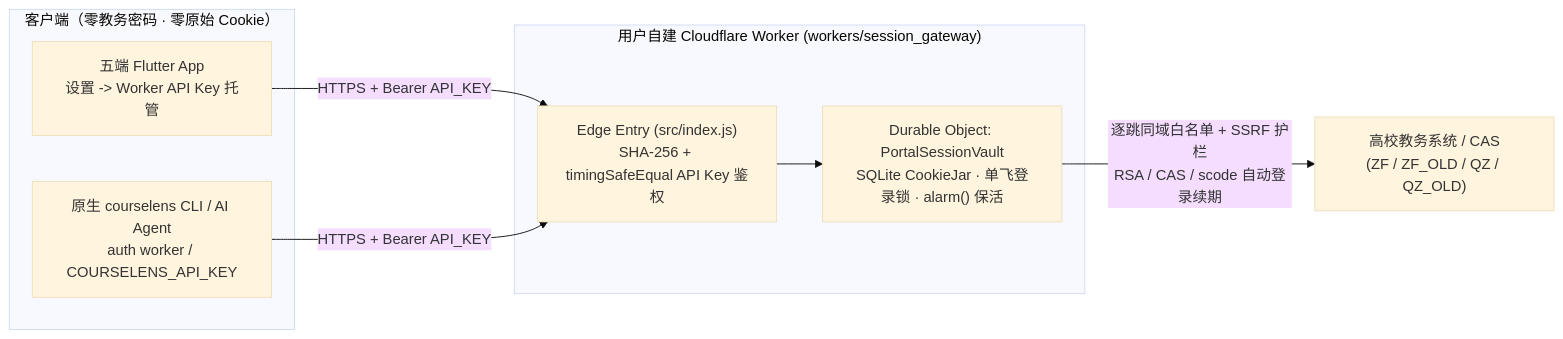
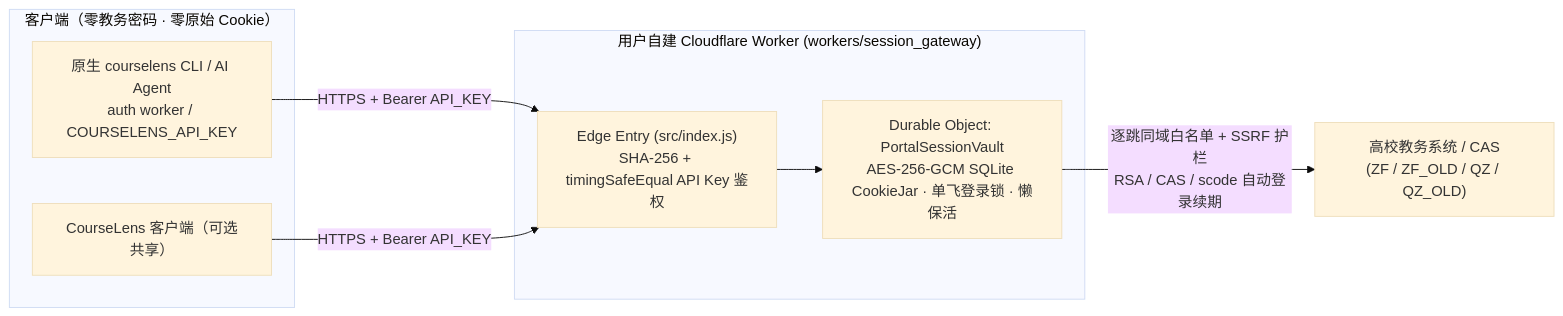
Before and after one commit to VanceHud/courselens-cli: the diagram in docs/stateful-worker-api-key.md, drawn with Mermaid (base theme). The commit also changed other lines of this file and 64 other files, not shown here.

Commit message:
feat: add Cloudflare one-click deploy, fix CLI/Worker bugs & port test/CI suites

````diff
--- a/docs/stateful-worker-api-key.md
+++ b/docs/stateful-worker-api-key.md
@@ -23,19 +25,19 @@
 ```mermaid
 flowchart LR
   subgraph Clients["客户端（零教务密码 · 零原始 Cookie）"]
-    App["五端 Flutter App\n设置 -> Worker API Key 托管"]
     CLI["原生 courselens CLI / AI Agent\nauth worker / COURSELENS_API_KEY"]
+    App["CourseLens 客户端（可选共享）"]
   end
 
   subgraph CF["用户自建 Cloudflare Worker (workers/session_gateway)"]
     Edge["Edge Entry (src/index.js)\nSHA-256 + timingSafeEqual API Key 鉴权"]
-    DO["Durable Object: PortalSessionVault\nSQLite CookieJar · 单飞登录锁 · alarm() 保活"]
+    DO["Durable Object: PortalSessionVault\nAES-256-GCM SQLite CookieJar · 单飞登录锁 · 懒保活"]
   end
 
   Portal["高校教务系统 / CAS\n(ZF / ZF_OLD / QZ / QZ_OLD)"]
 
+  CLI -->|"HTTPS + Bearer API_KEY"| Edge
   App -->|"HTTPS + Bearer API_KEY"| Edge
-  CLI -->|"HTTPS + Bearer API_KEY"| Edge
   Edge --> DO
   DO -->|"逐跳同域白名单 + SSRF 护栏\nRSA / CAS / scode 自动登录续期"| Portal
 ```
````
